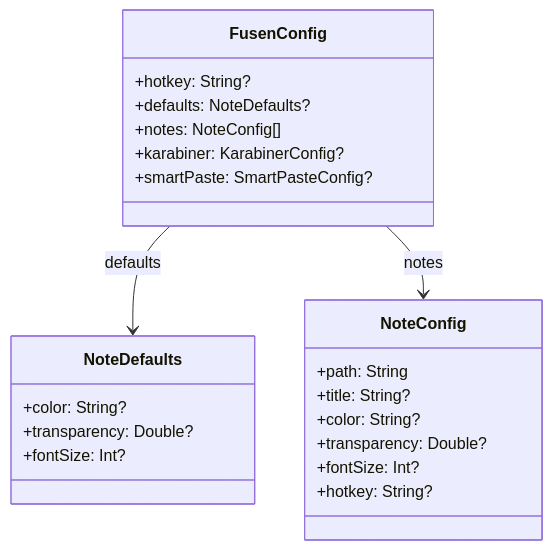
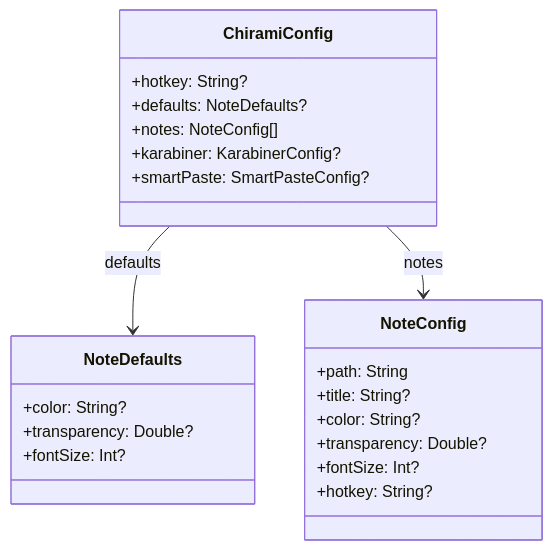
The second of 2 diagrams in .kiro/specs/config-restructure/design.md (uphy/chirami), drawn with Mermaid before and after one commit. The commit also changed other lines of this file and 78 other files, not shown here.

````diff
--- a/.kiro/specs/config-restructure/design.md
+++ b/.kiro/specs/config-restructure/design.md
@@ -179,25 +179,25 @@
 ```mermaid
 classDiagram
-    class FusenConfig {
+    class ChiramiConfig {
         +hotkey: String?
         +defaults: NoteDefaults?
         +notes: NoteConfig[]
         +karabiner: KarabinerConfig?
         +smartPaste: SmartPasteConfig?
     }
     class NoteDefaults {
         +color: String?
         +transparency: Double?
         +fontSize: Int?
     }
     class NoteConfig {
         +path: String
         +title: String?
         +color: String?
         +transparency: Double?
         +fontSize: Int?
         +hotkey: String?
     }
-    FusenConfig --> NoteDefaults : defaults
-    FusenConfig --> NoteConfig : notes
+    ChiramiConfig --> NoteDefaults : defaults
+    ChiramiConfig --> NoteConfig : notes
 ```
````
